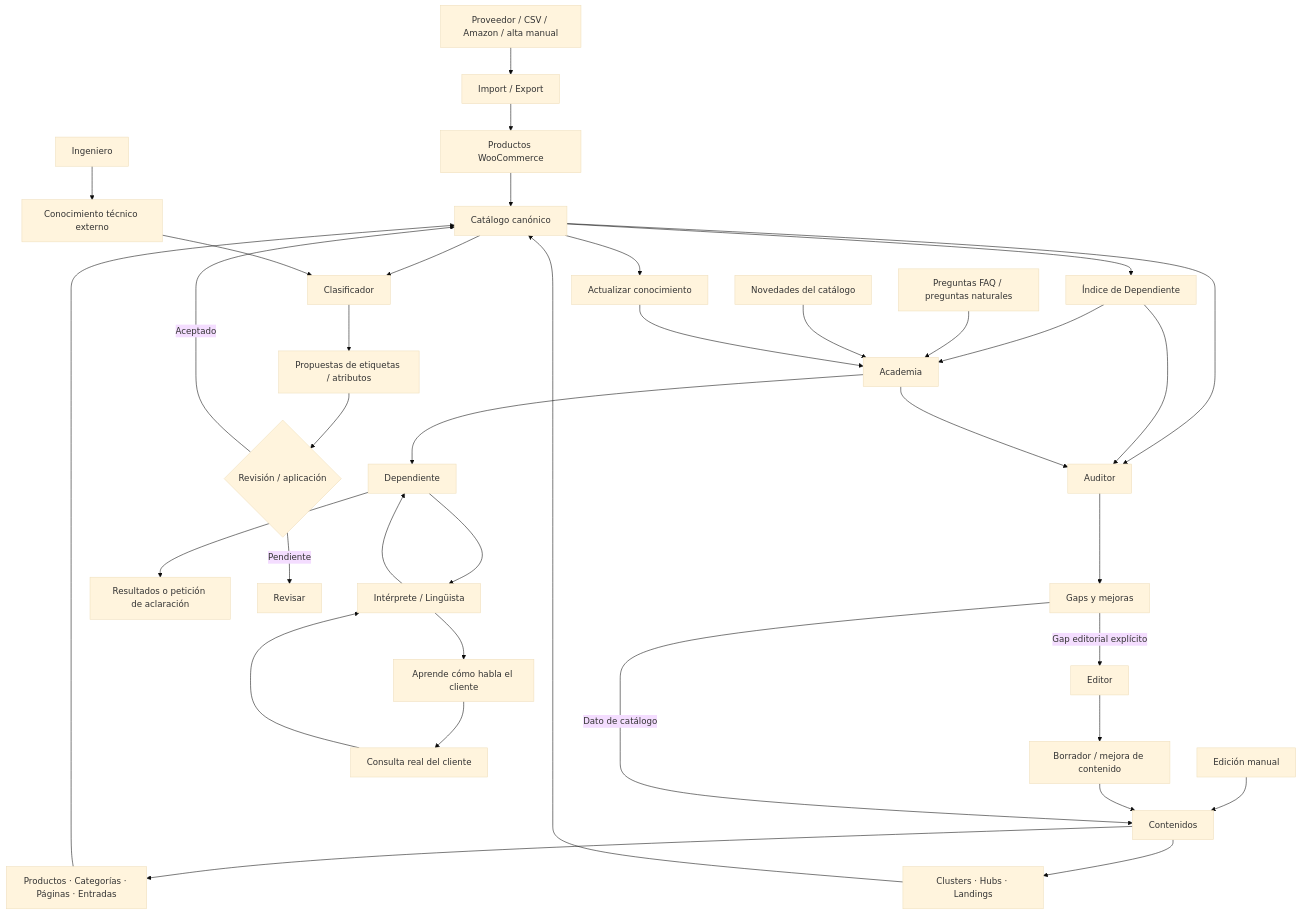
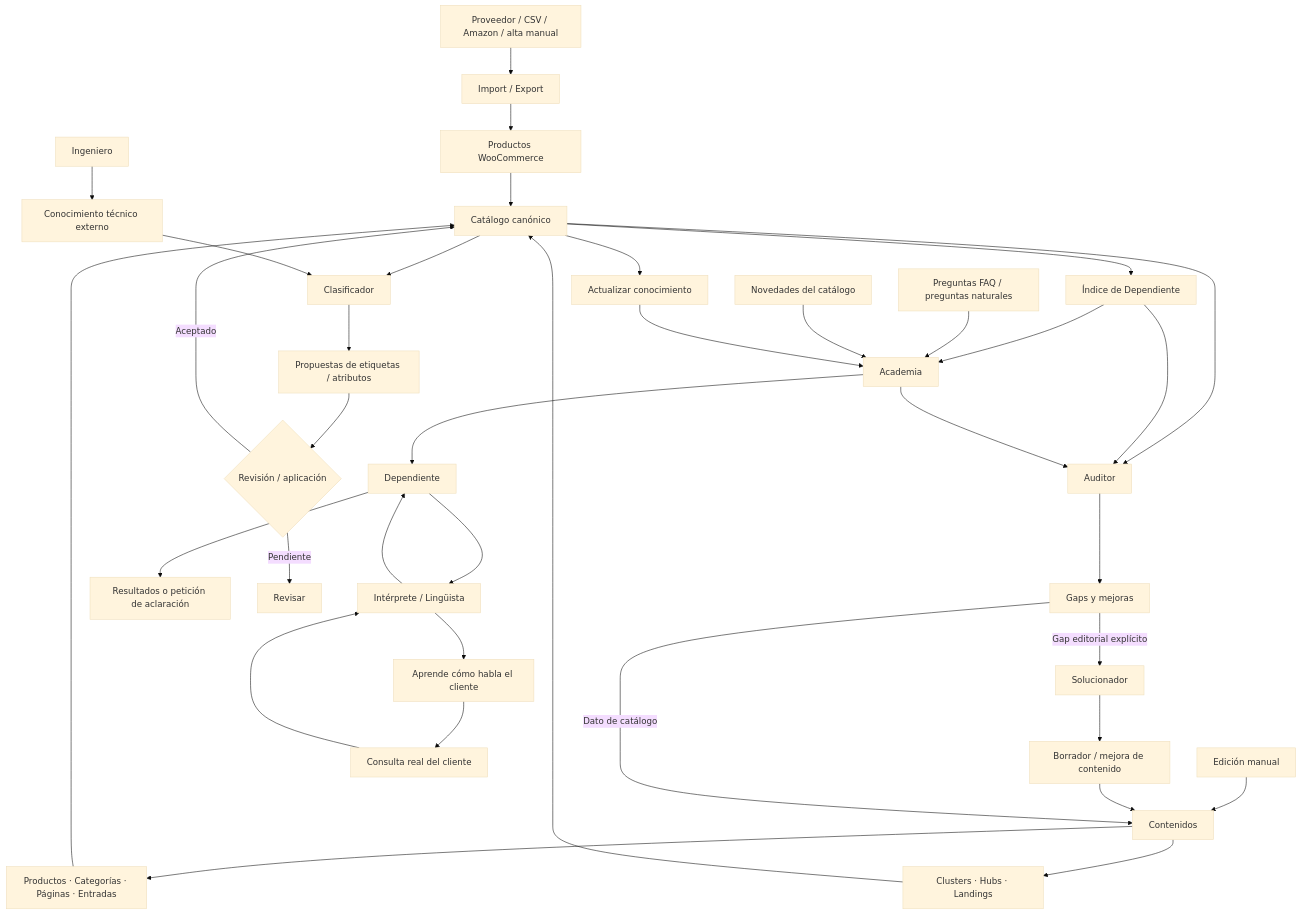
Before and after one commit to distribuidordeherramientases-wq/seo-taxonomy: the diagram in docs/manual/INICIO.md, drawn with Mermaid (base theme). The commit also changed other lines of this file, not shown here.

Commit message:
Docs: actualiza mapa de servicios con Solucionador

````diff
--- a/docs/manual/INICIO.md
+++ b/docs/manual/INICIO.md
@@ -41,46 +41,46 @@
 ```mermaid
 flowchart TD
     A[Proveedor / CSV / Amazon / alta manual] --> B[Import / Export]
     B --> C[Productos WooCommerce]
 
     D[Edición manual] --> E[Contenidos]
     E --> F[Productos · Categorías · Páginas · Entradas]
     E --> G[Clusters · Hubs · Landings]
     C --> H[Catálogo canónico]
     F --> H
     G --> H
 
     H --> I[Índice de Dependiente]
     I --> J[Academia]
     J --> K[Dependiente]
 
     L[Preguntas FAQ / preguntas naturales] --> J
     M[Novedades del catálogo] --> J
 
     K --> N[Intérprete / Lingüista]
     N --> O[Aprende cómo habla el cliente]
     O --> P[Consulta real del cliente]
     P --> N
     N --> K
     K --> Q[Resultados o petición de aclaración]
 
     H --> R[Clasificador]
     S[Ingeniero] --> T[Conocimiento técnico externo]
     T --> R
     R --> U[Propuestas de etiquetas / atributos]
     U --> V{Revisión / aplicación}
     V -->|Aceptado| H
     V -->|Pendiente| W[Revisar]
 
     H --> X[Auditor]
     I --> X
     J --> X
     X --> Y[Gaps y mejoras]
-    Y -->|Gap editorial explícito| Z[Editor]
+    Y -->|Gap editorial explícito| Z[Solucionador]
     Z --> AA[Borrador / mejora de contenido]
     AA --> E
     Y -->|Dato de catálogo| E
 
     H --> AB[Actualizar conocimiento]
     AB --> J
 ```
````
